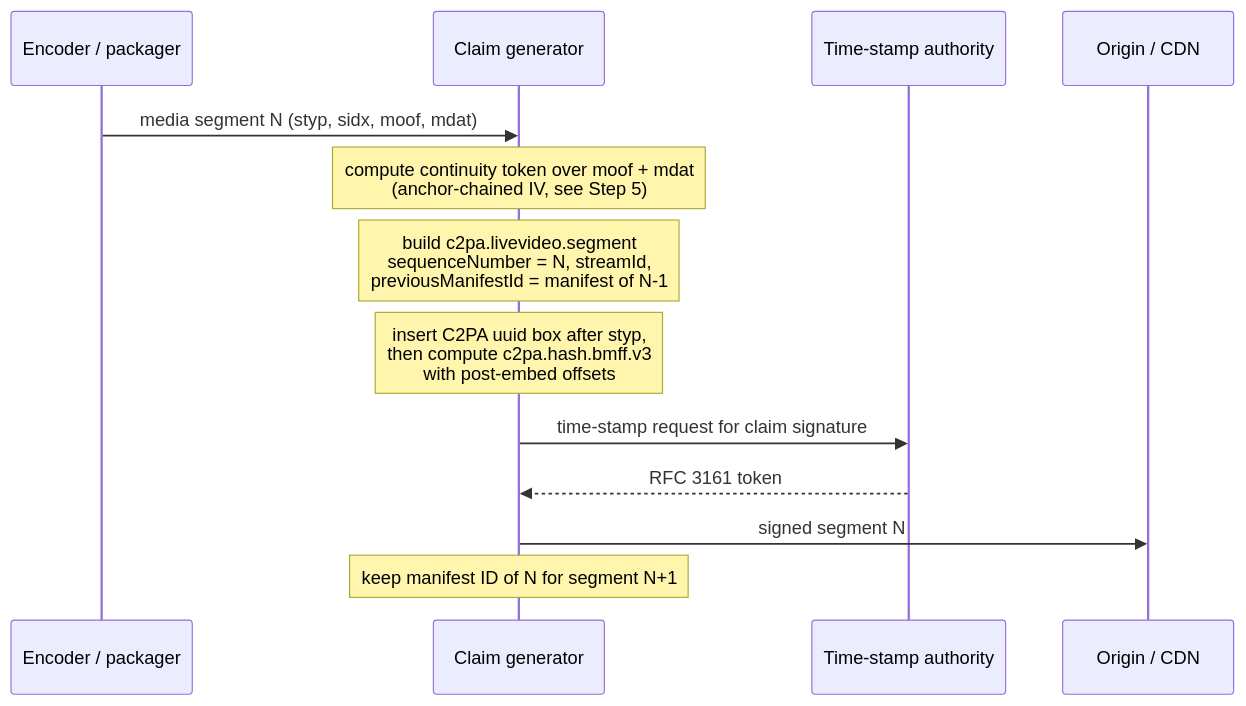
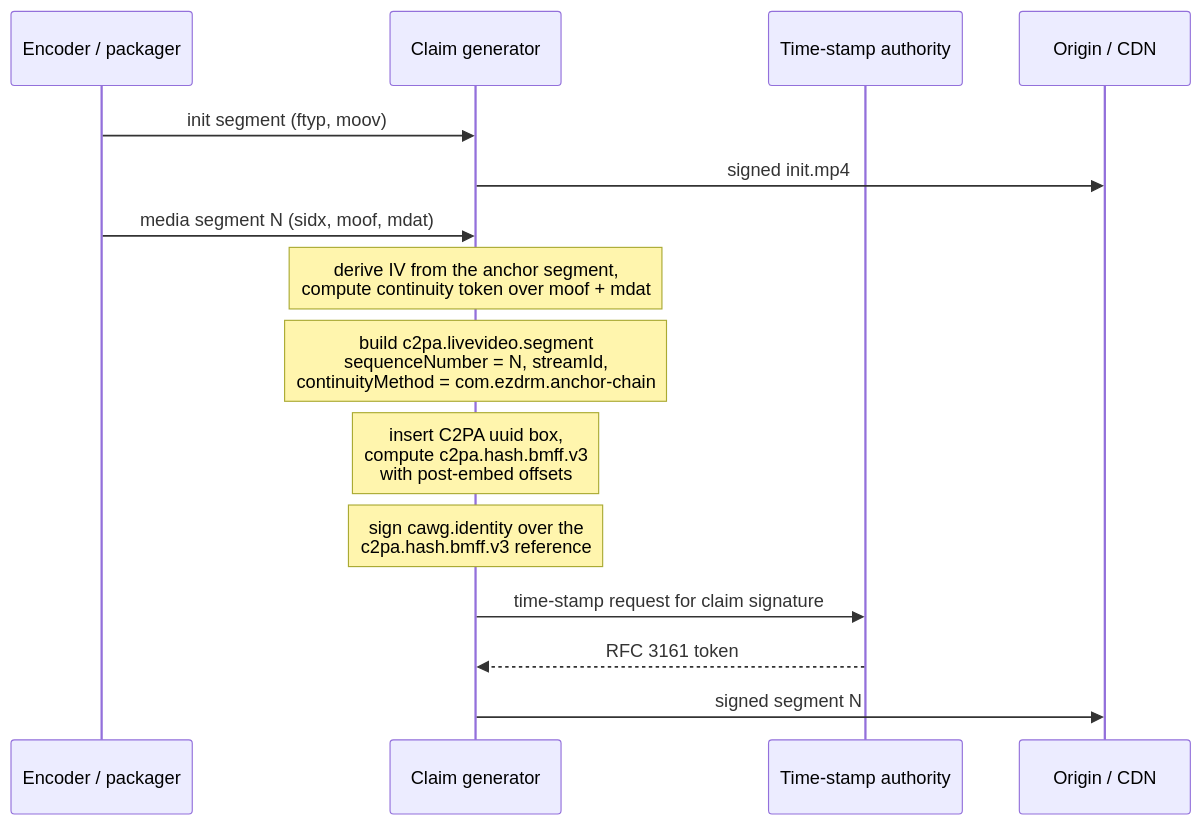
The second of 5 diagrams in 2.3/Video/Per-segment-C2PA-Manifest-Box-method/C2PA-Live-Segment-Validation.md (c2pa-org/public-testfiles), drawn with Mermaid before and after one commit. The commit also changed other lines of this file and 42 other files, not shown here.

First line of the commit message:
Replace clear segment set with current-format segments including CAWG identity

````diff
--- a/2.3/Video/Per-segment-C2PA-Manifest-Box-method/C2PA-Live-Segment-Validation.md
+++ b/2.3/Video/Per-segment-C2PA-Manifest-Box-method/C2PA-Live-Segment-Validation.md
@@ -63,15 +84,17 @@
 ```mermaid
 sequenceDiagram
   participant E as Encoder / packager
   participant G as Claim generator
   participant T as Time-stamp authority
   participant C as Origin / CDN
-  E->>G: media segment N (styp, sidx, moof, mdat)
-  Note over G: compute continuity token over moof + mdat<br/>(anchor-chained IV, see Step 5)
-  Note over G: build c2pa.livevideo.segment<br/>sequenceNumber = N, streamId,<br/>previousManifestId = manifest of N-1
-  Note over G: insert C2PA uuid box after styp,<br/>then compute c2pa.hash.bmff.v3<br/>with post-embed offsets
+  E->>G: init segment (ftyp, moov)
+  G->>C: signed init.mp4
+  E->>G: media segment N (sidx, moof, mdat)
+  Note over G: derive IV from the anchor segment,<br/>compute continuity token over moof + mdat
+  Note over G: build c2pa.livevideo.segment<br/>sequenceNumber = N, streamId,<br/>continuityMethod = com.ezdrm.anchor-chain
+  Note over G: insert C2PA uuid box,<br/>compute c2pa.hash.bmff.v3<br/>with post-embed offsets
+  Note over G: sign cawg.identity over the<br/>c2pa.hash.bmff.v3 reference
   G->>T: time-stamp request for claim signature
   T-->>G: RFC 3161 token
   G->>C: signed segment N
-  Note over G: keep manifest ID of N for segment N+1
 ```
````
